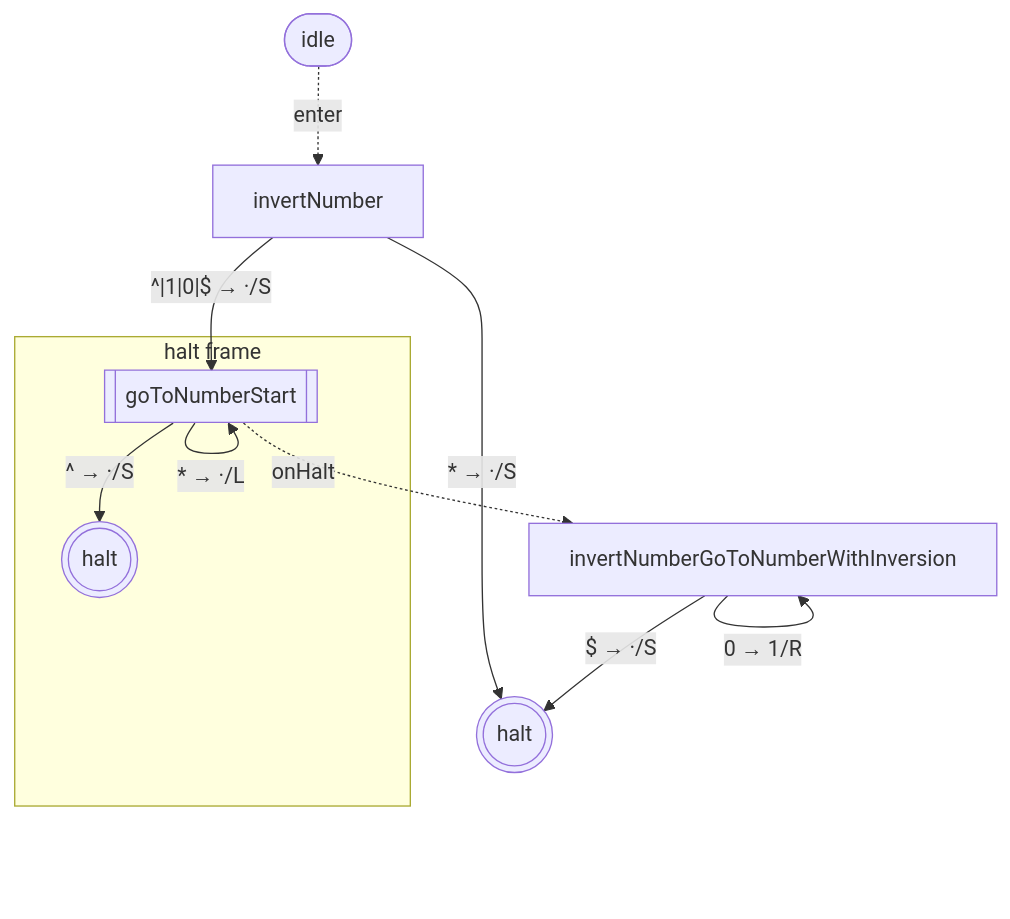
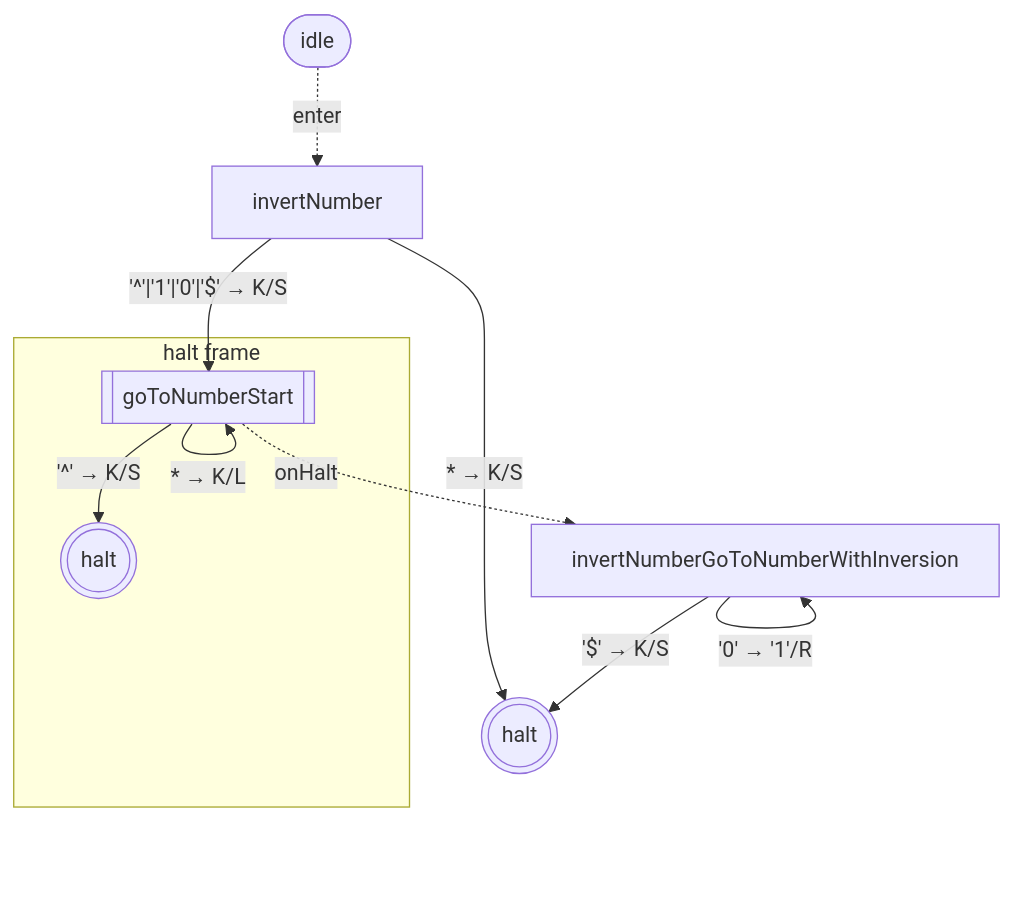
Before and after one commit to mellonis/turing-machine-js: the sixth of 10 diagrams in packages/library-binary-numbers/states.md, drawn with Mermaid. The commit also changed other lines of this file and 7 other files, not shown here.

````diff
--- a/packages/library-binary-numbers/states.md
+++ b/packages/library-binary-numbers/states.md
@@ -96,22 +96,22 @@
 ```mermaid
 flowchart TD
 %% alphabets: [[" ","^","$","0","1"]]
   s0(((halt)))
   s9["invertNumberGoToNumberWithInversion"]
   s11["invertNumber"]
   idle([idle])
   subgraph w_10["halt frame"]
     s10[["goToNumberStart"]]
     c10(((halt)))
   end
   idle -. enter .-> s11
-  s9 -- "^ → ·/R" --> s9
-  s9 -- "1 → 0/R" --> s9
-  s9 -- "0 → 1/R" --> s9
-  s9 -- "$ → ·/S" --> s0
-  s10 -- "^ → ·/S" --> c10
-  s10 -- "* → ·/L" --> s10
+  s9 -- "'^' → K/R" --> s9
+  s9 -- "'1' → '0'/R" --> s9
+  s9 -- "'0' → '1'/R" --> s9
+  s9 -- "'$' → K/S" --> s0
+  s10 -- "'^' → K/S" --> c10
+  s10 -- "* → K/L" --> s10
   s10 -. onHalt .-> s9
-  s11 -- "^|1|0|$ → ·/S" --> s10
-  s11 -- "* → ·/S" --> s0
+  s11 -- "'^'|'1'|'0'|'$' → K/S" --> s10
+  s11 -- "* → K/S" --> s0
 ```
````
